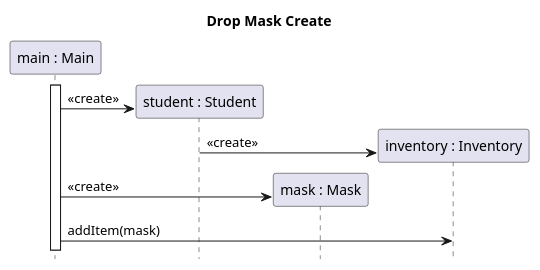
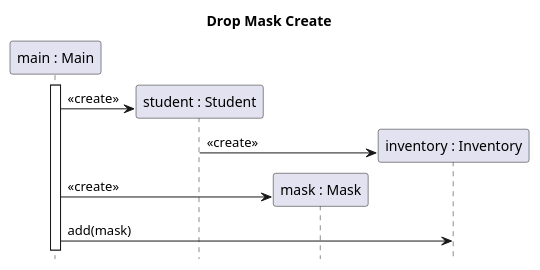
One commit to sn4k3ch4rm3r/logarlec changed the diagram in docs/diagrams/test-create-sequence/student-drop-mask-create.puml. Above: the diagram before and after it, drawn with PlantUML. The commit also changed 8 other files, not shown here.

Commit message:
Fixing some test-(create)-sequence diagrams

```diff
--- a/docs/diagrams/test-create-sequence/student-drop-mask-create.puml
+++ b/docs/diagrams/test-create-sequence/student-drop-mask-create.puml
@@ -1,21 +1,21 @@
 @startuml student-drop-mask-create
 
 title Drop Mask Create
 hide footbox
 
 participant "main : Main" as main
 participant "student : Student" as stu
 participant "mask : Mask" as mask
 participant "inventory : Inventory" as inv
 
 main++
 create stu
 main-> stu  : <<create>>
 create inv
 stu -> inv : <<create>>
 create mask
 main -> mask : <<create>>
-main -> inv : addItem(mask)
+main -> inv : add(mask)
 
 
 @enduml
```
